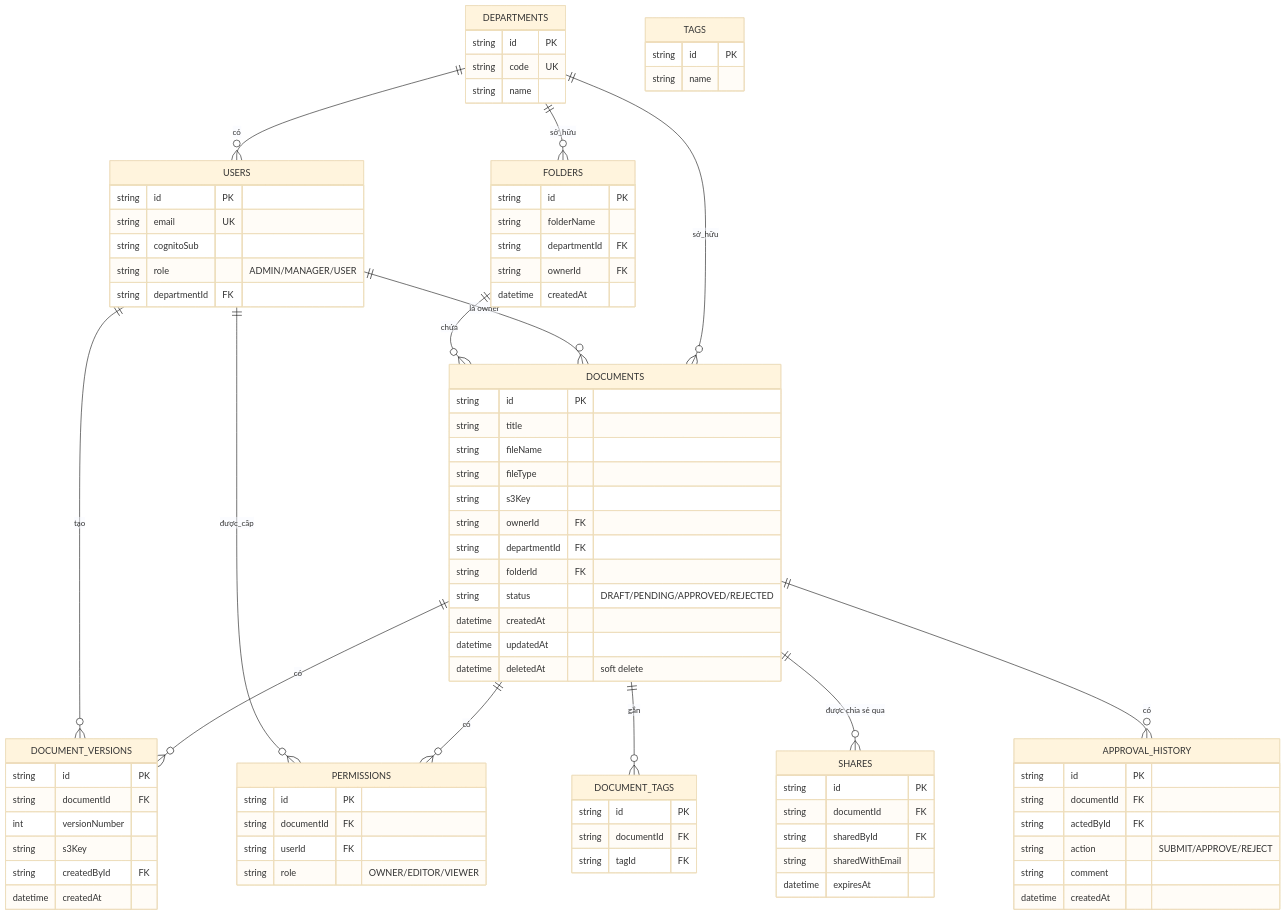
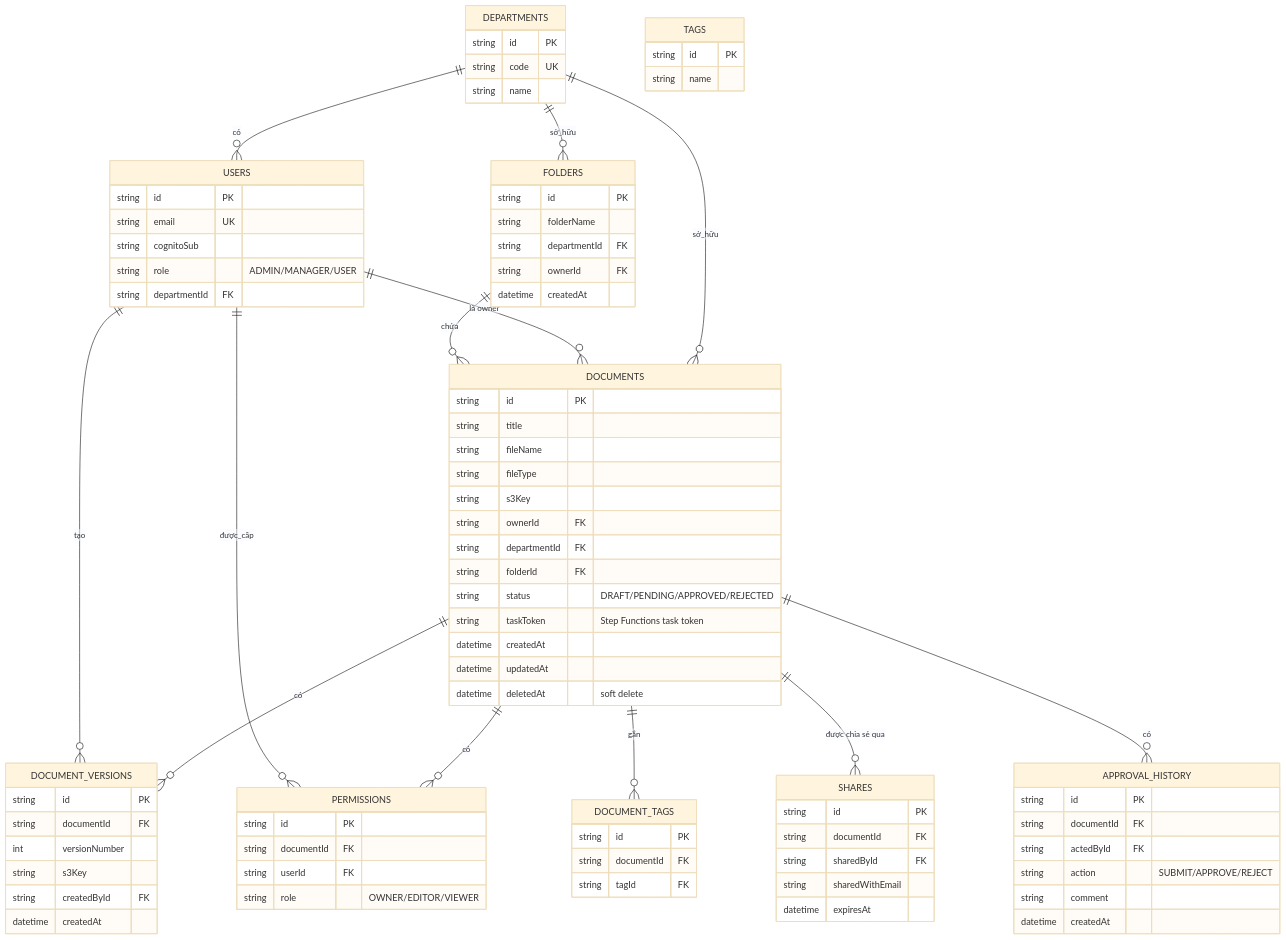
The diagram in README.md (dobason/Enterprise-Document-Collaboration-Platform), drawn with Mermaid (base theme) before and after one commit. The commit also changed other lines of this file, not shown here.

Commit message:
docs: update README with AWS Step Functions approval workflow (waitForTaskToken) + resources

```diff
--- a/README.md
+++ b/README.md
@@ -116,6 +117,7 @@
         string departmentId FK
         string folderId FK
         string status "DRAFT/PENDING/APPROVED/REJECTED"
+        string taskToken "Step Functions task token"
         datetime createdAt
         datetime updatedAt
         datetime deletedAt "soft delete"
```
